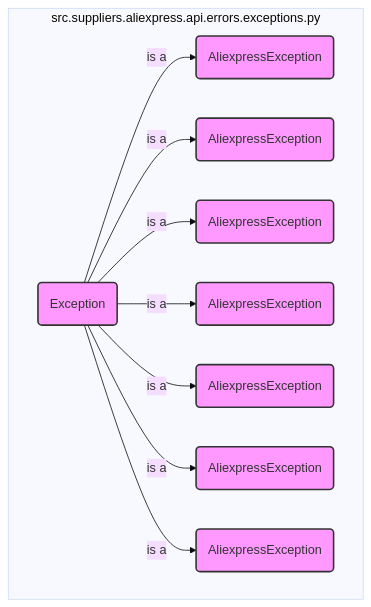
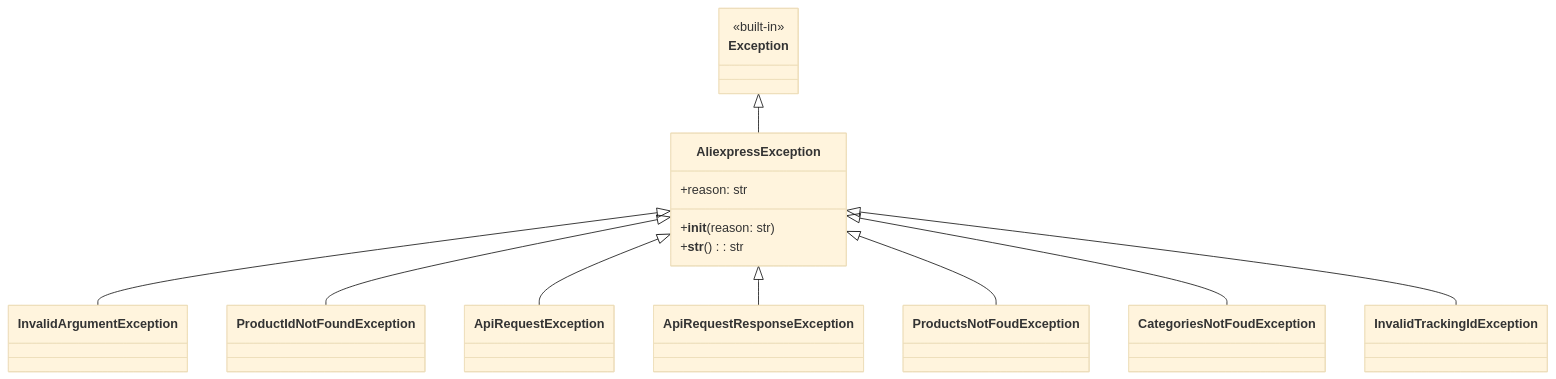
The diagram in docs/gemini/ru/explainer/src/suppliers/aliexpress/api/errors/exceptions.py.md (hypo69/hypo), drawn with Mermaid (base theme) before and after one commit. The commit also changed other lines of this file and 1505 other files, not shown here.

````diff
--- a/docs/gemini/ru/explainer/src/suppliers/aliexpress/api/errors/exceptions.py.md
+++ b/docs/gemini/ru/explainer/src/suppliers/aliexpress/api/errors/exceptions.py.md
@@ -31,24 +32,37 @@
 ```mermaid
-flowchart TD
-    subgraph src.suppliers.aliexpress.api.errors.exceptions.py
-        classDef exception fill:#f9f,stroke:#333,stroke-width:2px
+classDiagram
+    class AliexpressException{
+        +reason: str
+        +__init__(reason: str)
+        +__str__(): str
+    }
+    class InvalidArgumentException{
+    }
+    class ProductIdNotFoundException{
+    }
+     class ApiRequestException{
+    }
+    class ApiRequestResponseException{
+    }
+    class ProductsNotFoudException{
+    }
+    class CategoriesNotFoudException{
+    }
+    class InvalidTrackingIdException{
+    }
 
-        AliexpressException(Exception)
-        AliexpressException -->|is a| InvalidArgumentException(AliexpressException)
-        AliexpressException -->|is a| ProductIdNotFoundException(AliexpressException)
-        AliexpressException -->|is a| ApiRequestException(AliexpressException)
-        AliexpressException -->|is a| ApiRequestResponseException(AliexpressException)
-        AliexpressException -->|is a| ProductsNotFoudException(AliexpressException)
-        AliexpressException -->|is a| CategoriesNotFoudException(AliexpressException)
-        AliexpressException -->|is a| InvalidTrackingIdException(AliexpressException)
+    AliexpressException <|-- InvalidArgumentException
+    AliexpressException <|-- ProductIdNotFoundException
+    AliexpressException <|-- ApiRequestException
+    AliexpressException <|-- ApiRequestResponseException
+    AliexpressException <|-- ProductsNotFoudException
+    AliexpressException <|-- CategoriesNotFoudException
+     AliexpressException <|-- InvalidTrackingIdException
 
-        class AliexpressException exception
-        class InvalidArgumentException exception
-        class ProductIdNotFoundException exception
-        class ApiRequestException exception
-        class ApiRequestResponseException exception
-         class ProductsNotFoudException exception
-        class CategoriesNotFoudException exception
-         class InvalidTrackingIdException exception
-    end
+    class Exception{
+        <<built-in>>
+    }
+
+    Exception <|-- AliexpressException
+
 ```
````
